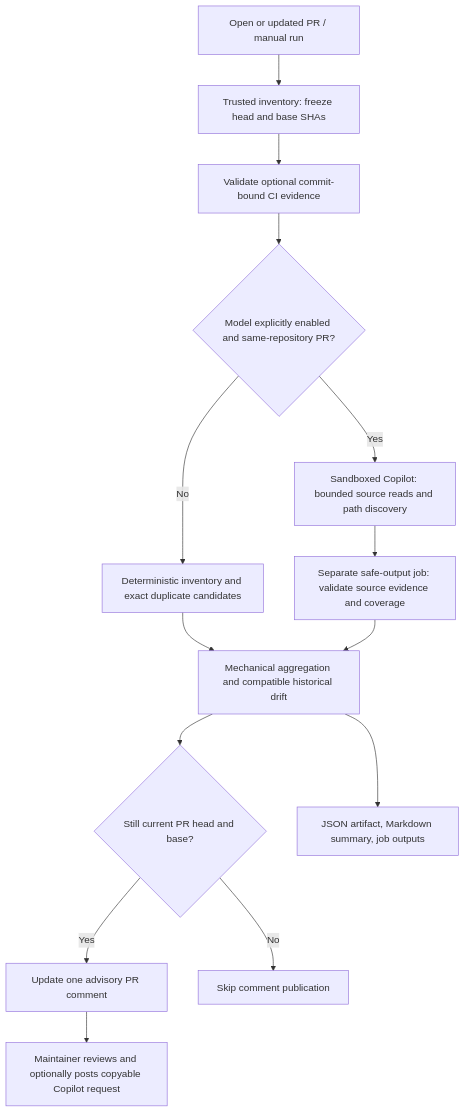
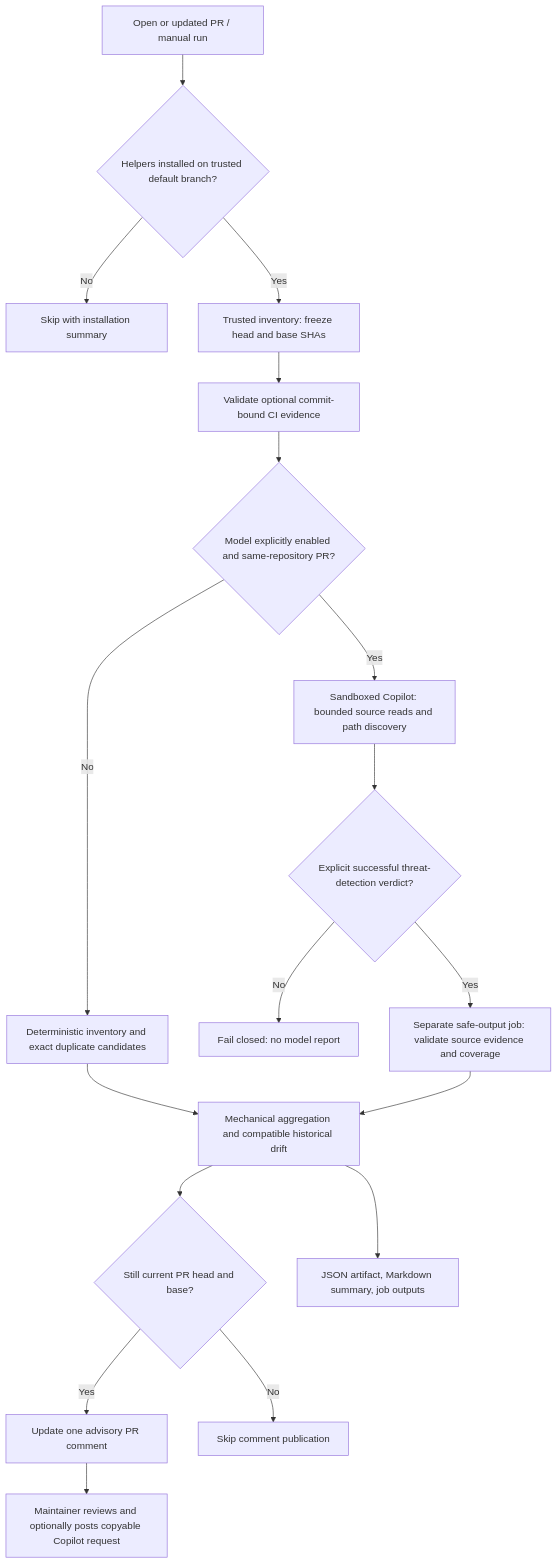
The diagram in README.md (digimangos/ai-slop-assessment), drawn with Mermaid before and after one commit. The commit also changed other lines of this file and 14 other files, not shown here.

````diff
--- a/README.md
+++ b/README.md
@@ -12,16 +12,20 @@
 ```mermaid
 flowchart TD
-    PR[Open or updated PR / manual run] --> Scope[Trusted inventory: freeze head and base SHAs]
+    PR[Open or updated PR / manual run] --> Installed{Helpers installed on trusted default branch?}
+    Installed -->|No| Bootstrap[Skip with installation summary]
+    Installed -->|Yes| Scope[Trusted inventory: freeze head and base SHAs]
     Scope --> Evidence[Validate optional commit-bound CI evidence]
     Evidence --> Mode{Model explicitly enabled and same-repository PR?}
     Mode -->|No| Inventory[Deterministic inventory and exact duplicate candidates]
     Mode -->|Yes| Judge[Sandboxed Copilot: bounded source reads and path discovery]
-    Judge --> Validate[Separate safe-output job: validate source evidence and coverage]
+    Judge --> Detection{Explicit successful threat-detection verdict?}
+    Detection -->|No| Reject[Fail closed: no model report]
+    Detection -->|Yes| Validate[Separate safe-output job: validate source evidence and coverage]
     Inventory --> Score[Mechanical aggregation and compatible historical drift]
     Validate --> Score
     Score --> Head{Still current PR head and base?}
     Head -->|Yes| Comment[Update one advisory PR comment]
     Head -->|No| Skip[Skip comment publication]
     Score --> Reports[JSON artifact, Markdown summary, job outputs]
     Comment --> Human[Maintainer reviews and optionally posts copyable Copilot request]
 ```
````
